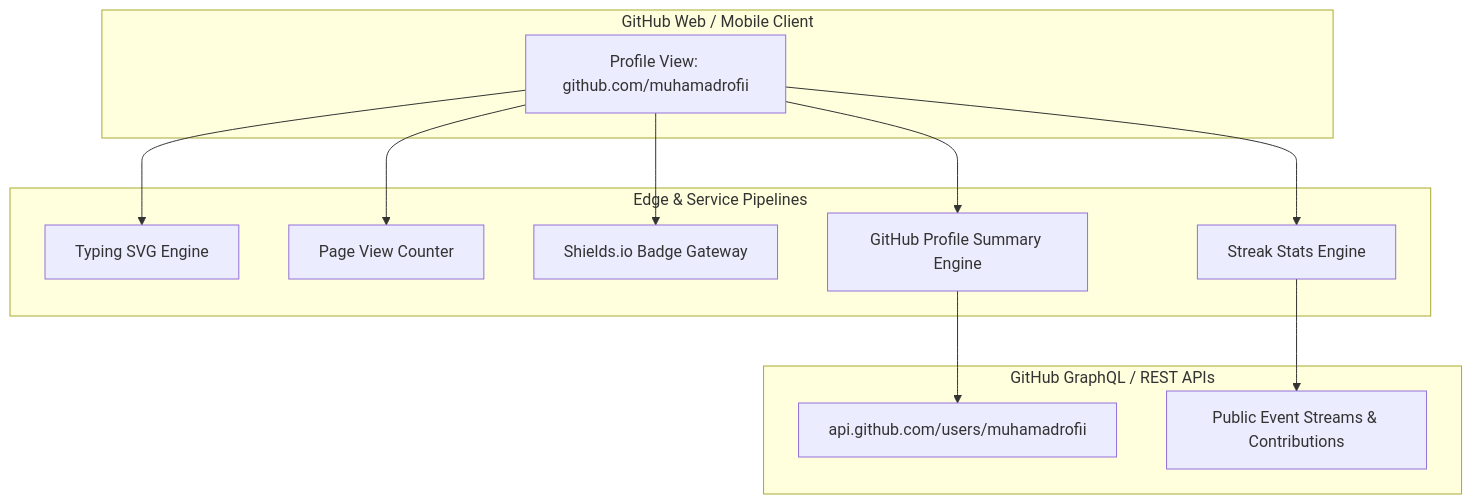
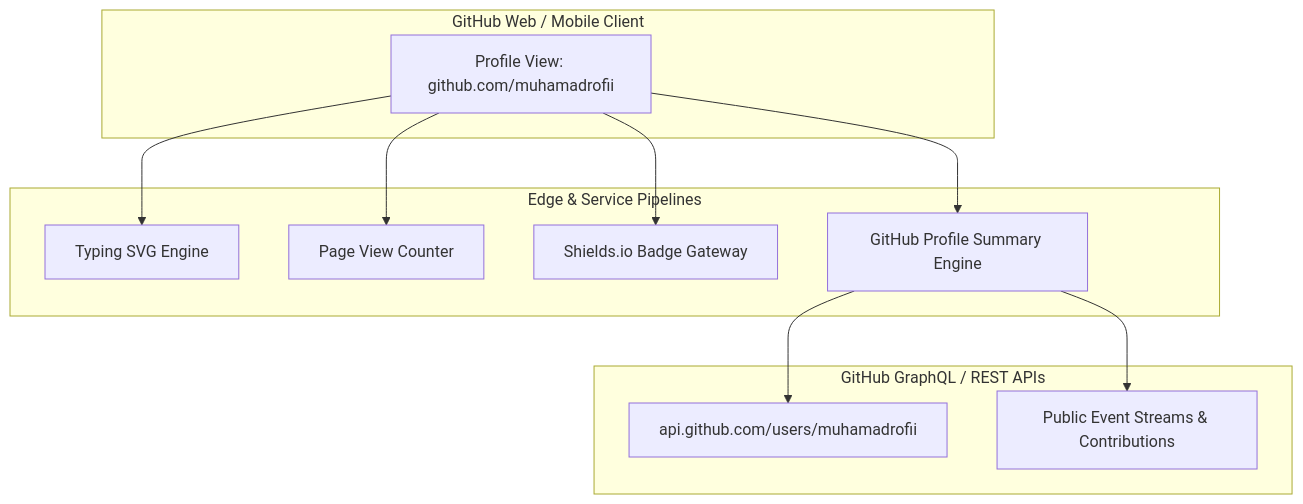
Before and after one commit to muhamadrofii/muhamadrofii: the diagram in PRD.md, drawn with Mermaid. The commit also changed other lines of this file and 1 other file, not shown here.

````diff
--- a/PRD.md
+++ b/PRD.md
@@ -25,28 +25,26 @@
 ```mermaid
 flowchart TD
     subgraph Client["GitHub Web / Mobile Client"]
         GH[Profile View: github.com/muhamadrofii]
     end
 
     subgraph CDN["Edge & Service Pipelines"]
         SVG[Typing SVG Engine]
         PVC[Page View Counter]
         SI[Shields.io Badge Gateway]
         GPSC[GitHub Profile Summary Engine]
-        STR[Streak Stats Engine]
     end
 
     subgraph DataSources["GitHub GraphQL / REST APIs"]
         API[api.github.com/users/muhamadrofii]
         EVT[Public Event Streams & Contributions]
     end
 
     GH --> SVG
     GH --> PVC
     GH --> SI
     GH --> GPSC
-    GH --> STR
 
     GPSC --> API
-    STR --> EVT
+    GPSC --> EVT
 ```
````
